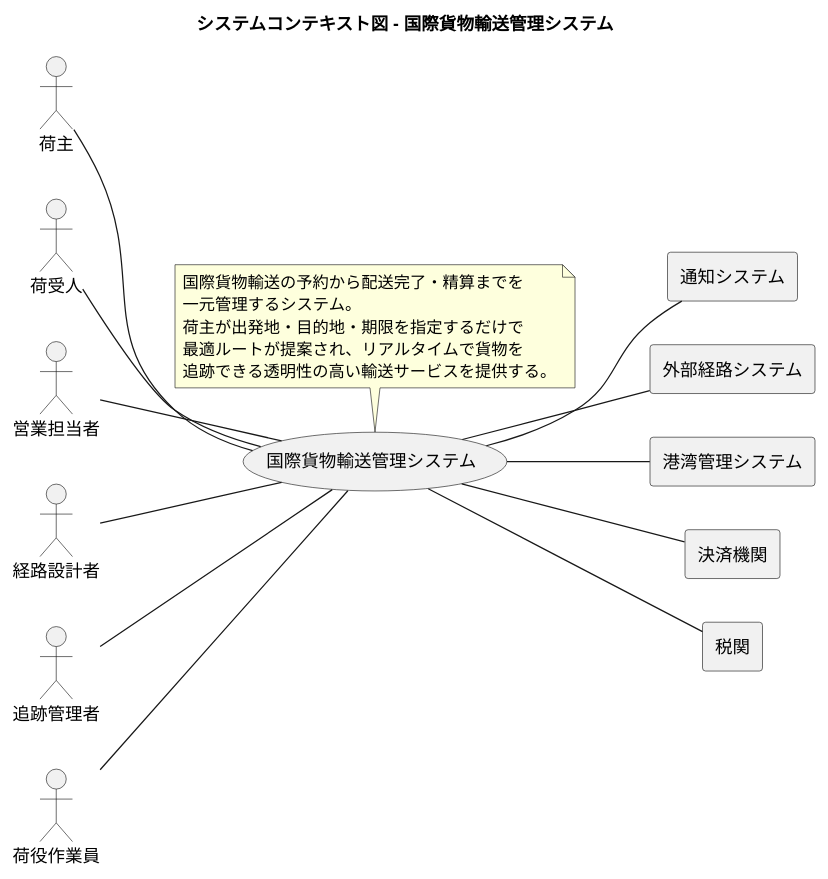
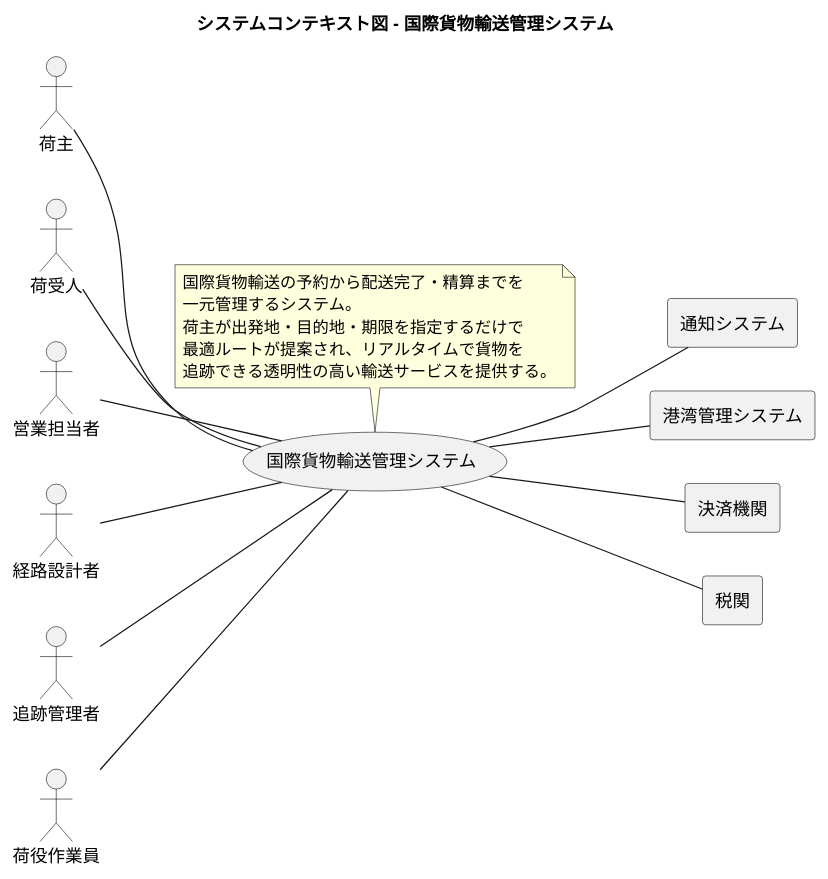
Before and after one commit to k2works/case-study-cargo-tracker: the first of 21 diagrams in docs/requirements/requirements_definition.md, drawn with PlantUML. The commit also changed other lines of this file and 3 other files, not shown here.

````diff
--- a/docs/requirements/requirements_definition.md
+++ b/docs/requirements/requirements_definition.md
@@ -16,44 +16,42 @@
 ```plantuml
 @startuml
 
 title システムコンテキスト図 - 国際貨物輸送管理システム
 
 left to right direction
 
 actor 荷主
 actor 荷受人
 actor 営業担当者
 actor 経路設計者
 actor 追跡管理者
 actor 荷役作業員
 
 agent 通知システム
-agent 外部経路システム
 agent 港湾管理システム
 agent 決済機関
 agent 税関
 
 usecase 国際貨物輸送管理システム
 note top of 国際貨物輸送管理システム
   国際貨物輸送の予約から配送完了・精算までを
   一元管理するシステム。
   荷主が出発地・目的地・期限を指定するだけで
   最適ルートが提案され、リアルタイムで貨物を
   追跡できる透明性の高い輸送サービスを提供する。
 end note
 
 :荷主: -- (国際貨物輸送管理システム)
 :荷受人: -- (国際貨物輸送管理システム)
 :営業担当者: -- (国際貨物輸送管理システム)
 :経路設計者: -- (国際貨物輸送管理システム)
 :追跡管理者: -- (国際貨物輸送管理システム)
 :荷役作業員: -- (国際貨物輸送管理システム)
 
 (国際貨物輸送管理システム) -- 通知システム
-(国際貨物輸送管理システム) -- 外部経路システム
 (国際貨物輸送管理システム) -- 港湾管理システム
 (国際貨物輸送管理システム) -- 決済機関
 (国際貨物輸送管理システム) -- 税関
 
 @enduml
 ```
````
